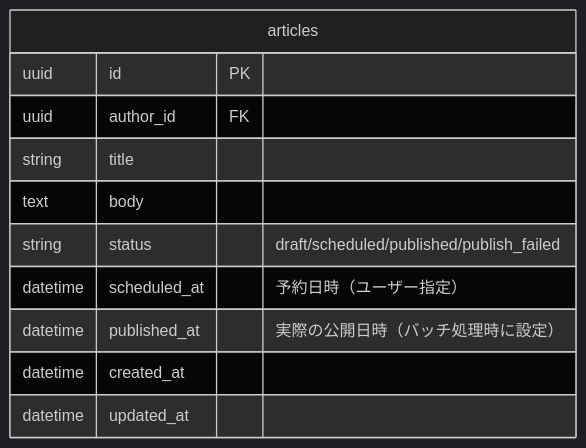
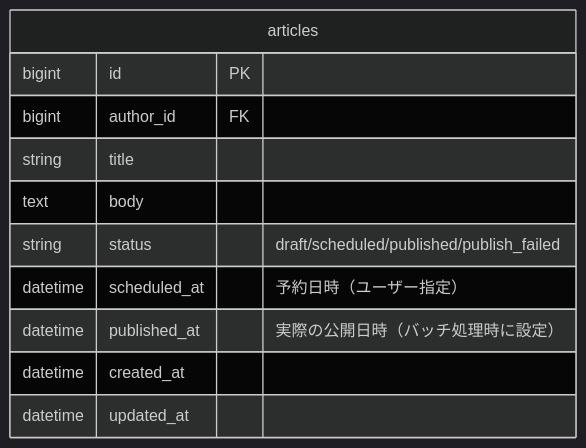
The first of 3 diagrams in docs/functions/article/schedule.md (RRRRRRR-777/SikouLab), drawn with Mermaid (dark theme) before and after one commit. The commit also changed 19 other files, not shown here.

````diff
--- a/docs/functions/article/schedule.md
+++ b/docs/functions/article/schedule.md
@@ -94,15 +94,15 @@
 ```mermaid
 erDiagram
     %% 正: docs/versions/1_0_0/data-model.md
     articles {
-        uuid id PK
-        uuid author_id FK
+        bigint id PK
+        bigint author_id FK
         string title
         text body
         string status "draft/scheduled/published/publish_failed"
         datetime scheduled_at "予約日時（ユーザー指定）"
         datetime published_at "実際の公開日時（バッチ処理時に設定）"
         datetime created_at
         datetime updated_at
     }
 ```
````
